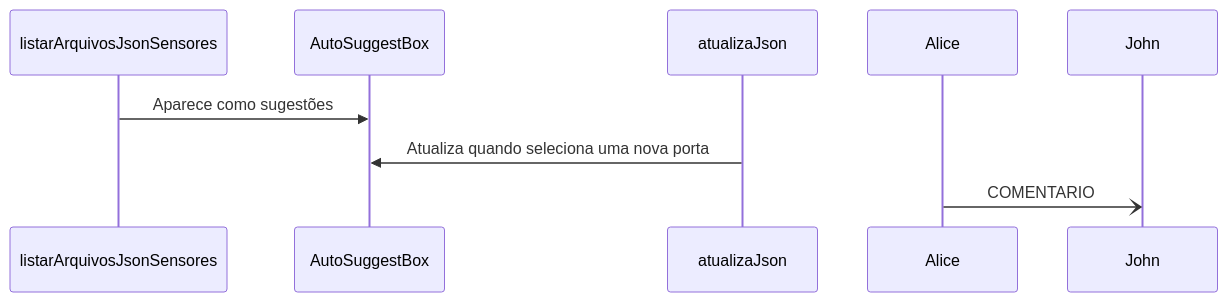
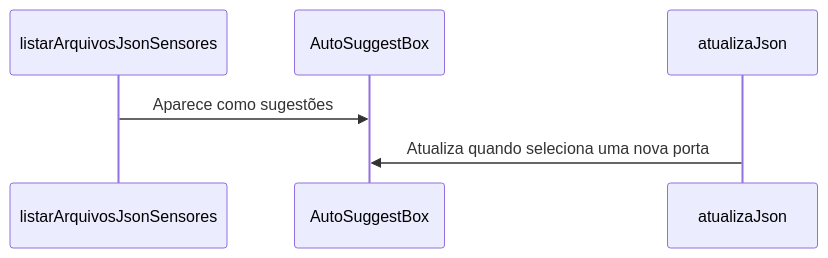
Before and after one commit to joaopedro012-cyber/robosao: the diagram in JoplinAppNotas/30fd7e7fac954d1c89a33a953c2fb364.md, drawn with Mermaid. The commit also changed other lines of this file and 18 other files, not shown here.

````diff
--- a/JoplinAppNotas/30fd7e7fac954d1c89a33a953c2fb364.md
+++ b/JoplinAppNotas/30fd7e7fac954d1c89a33a953c2fb364.md
@@ -3,6 +3,6 @@
 ```mermaid
 sequenceDiagram
     listarArquivosJsonSensores->>AutoSuggestBox: Aparece como sugestões
     atualizaJson->>AutoSuggestBox: Atualiza quando seleciona uma nova porta
-    Alice-)John: COMENTARIO
+
 ```
````
